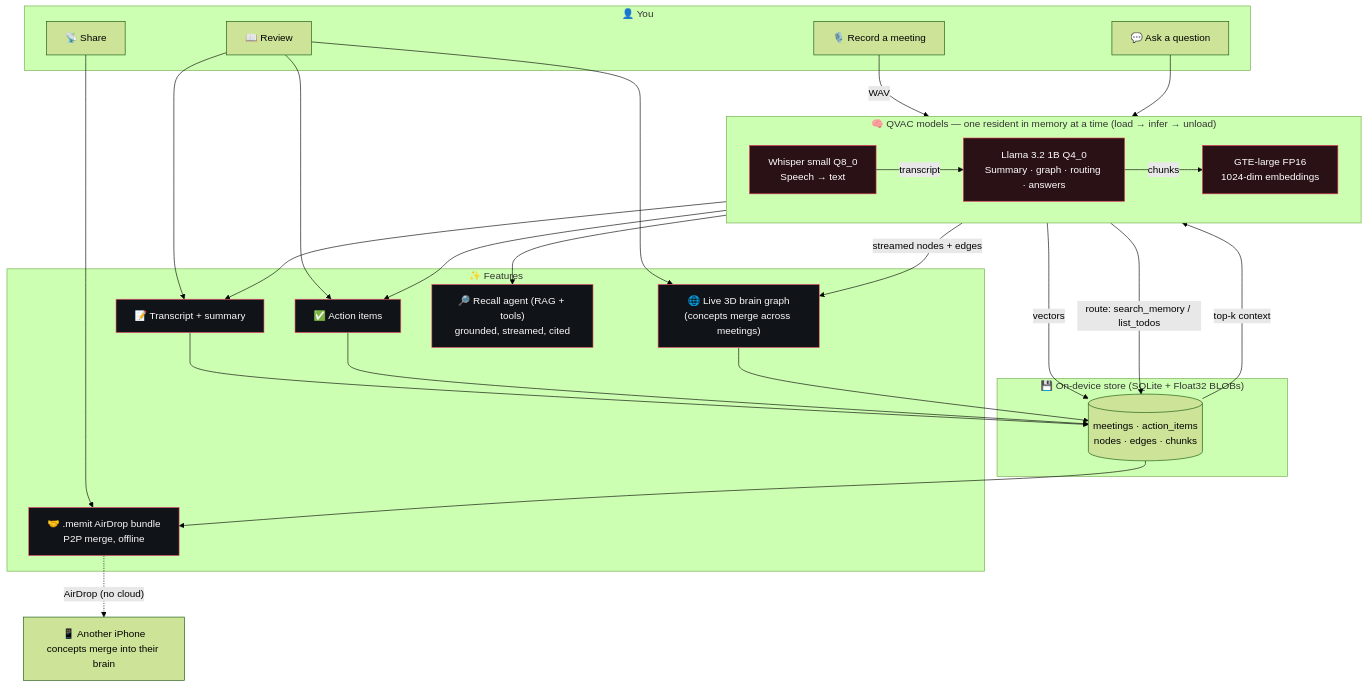
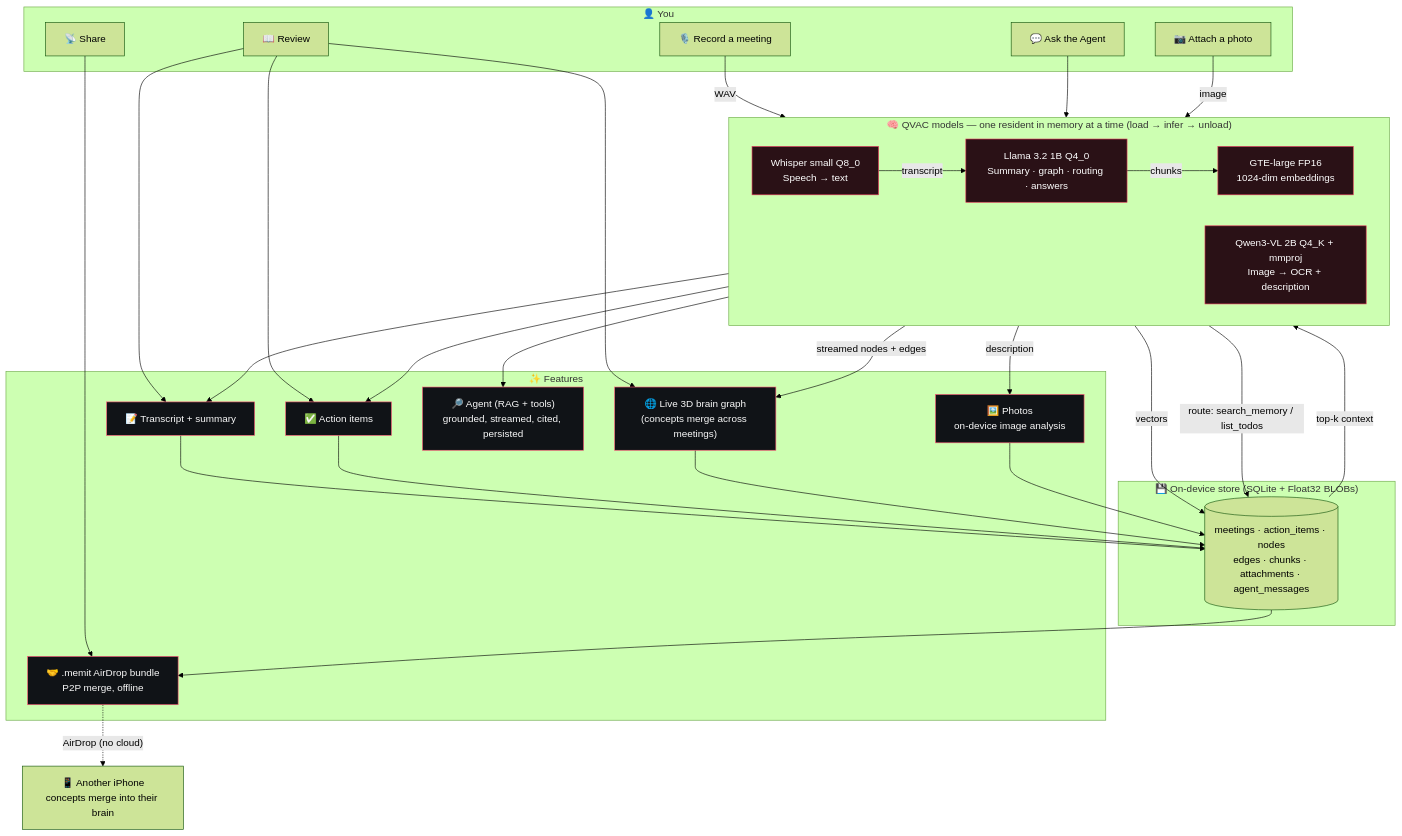
One commit to fabianferno/mem-it changed the diagram in README.md. Above: the diagram before and after it, drawn with Mermaid (forest theme). The commit also changed other lines of this file and 4 other files, not shown here.

First line of the commit message:
docs: document on-device image analysis + Agent/Home renames

````diff
--- a/README.md
+++ b/README.md
@@ -55,51 +57,57 @@
 ```mermaid
 flowchart TB
     subgraph user["👤 You"]
         A1["🎙️ Record a meeting"]
         A2["📖 Review"]
-        A3["💬 Ask a question"]
+        A3["💬 Ask the Agent"]
         A4["📡 Share"]
+        A5["📷 Attach a photo"]
     end
 
     subgraph models["🧠 QVAC models — one resident in memory at a time (load → infer → unload)"]
         direction LR
         M1["Whisper small Q8_0<br/>Speech → text"]
         M2["Llama 3.2 1B Q4_0<br/>Summary · graph · routing · answers"]
         M3["GTE-large FP16<br/>1024-dim embeddings"]
+        M4["Qwen3-VL 2B Q4_K + mmproj<br/>Image → OCR + description"]
     end
 
     subgraph store["💾 On-device store (SQLite + Float32 BLOBs)"]
-        DB[("meetings · action_items<br/>nodes · edges · chunks")]
+        DB[("meetings · action_items · nodes<br/>edges · chunks · attachments · agent_messages")]
     end
 
     subgraph feat["✨ Features"]
         F1["📝 Transcript + summary"]
         F2["✅ Action items"]
         F3["🌐 Live 3D brain graph<br/>(concepts merge across meetings)"]
-        F4["🔎 Recall agent (RAG + tools)<br/>grounded, streamed, cited"]
+        F4["🔎 Agent (RAG + tools)<br/>grounded, streamed, cited, persisted"]
         F5["🤝 .memit AirDrop bundle<br/>P2P merge, offline"]
+        F6["🖼️ Photos<br/>on-device image analysis"]
     end
 
     A1 -->|WAV| M1
     M1 -->|transcript| M2
     M2 --> F1
     M2 --> F2
     M2 -->|streamed nodes + edges| F3
     M2 -->|chunks| M3
     M3 -->|vectors| DB
     F1 & F2 & F3 --> DB
 
     A2 --> F1 & F2 & F3
     A3 --> M2
     M2 -->|route: search_memory / list_todos| DB
     DB -->|top-k context| M2
     M2 --> F4
+    A5 -->|image| M4
+    M4 -->|description| F6
+    F6 --> DB
     A4 --> F5
     DB --> F5
     F5 -. "AirDrop (no cloud)" .-> Peer["📱 Another iPhone<br/>concepts merge into their brain"]
 
     classDef model fill:#2a1116,stroke:#e53659,color:#fff;
     classDef feature fill:#101317,stroke:#ff5c78,color:#fafafa;
-    class M1,M2,M3 model;
-    class F1,F2,F3,F4,F5 feature;
+    class M1,M2,M3,M4 model;
+    class F1,F2,F3,F4,F5,F6 feature;
 ```
````
